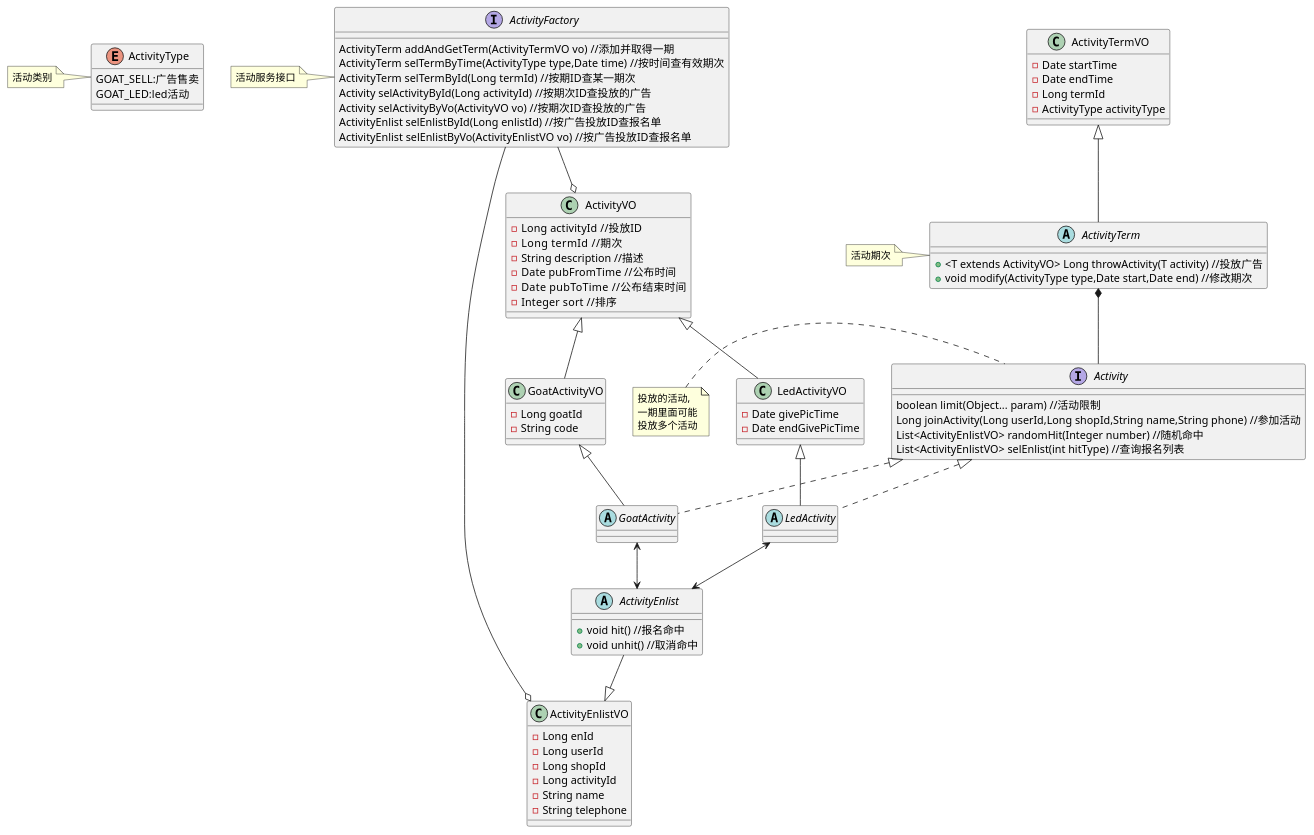
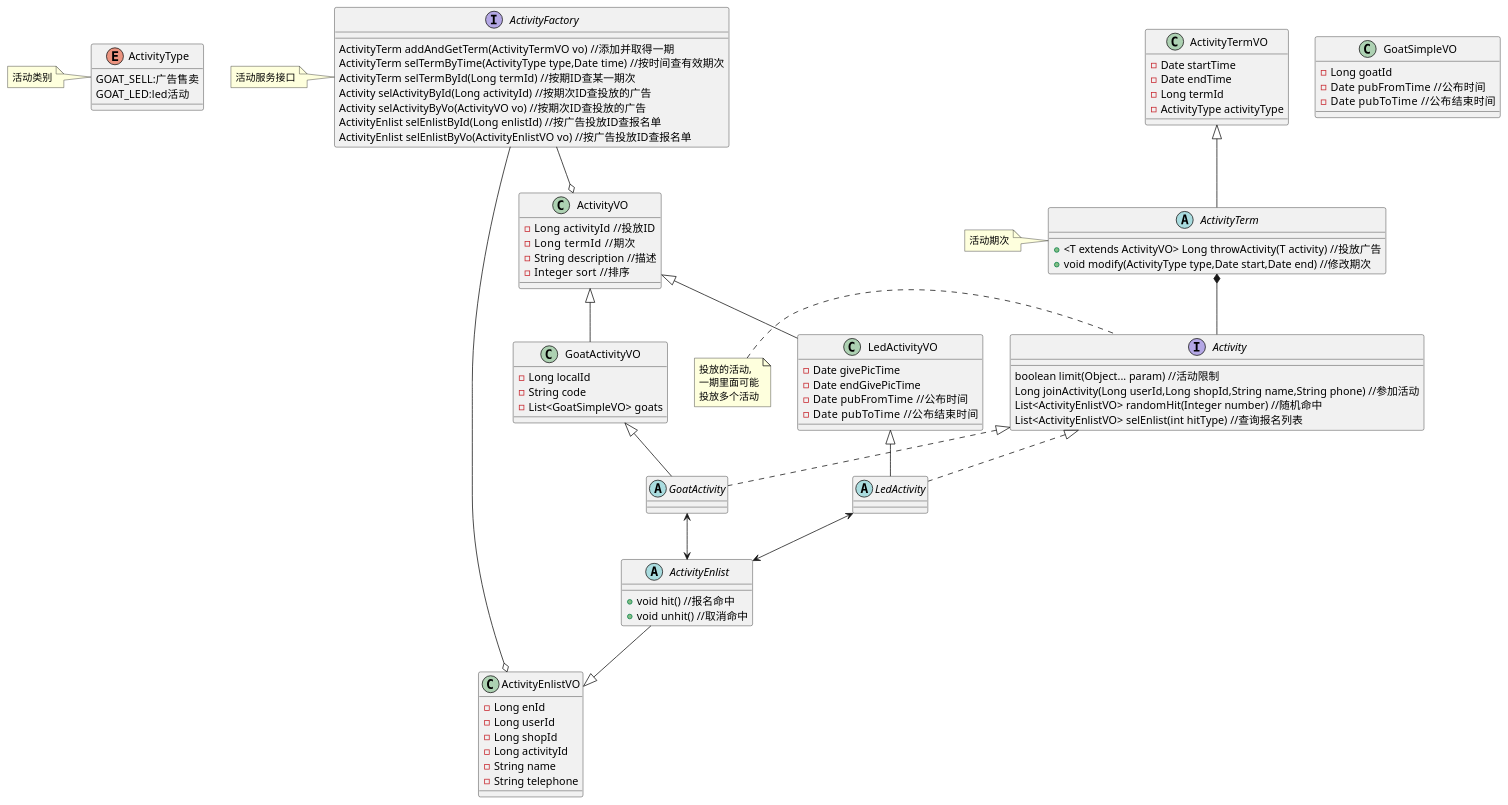
One commit to pogy/main-pom changed the diagram in main4-spread/main4-spread-api/src/main/resources/activity_class.puml. Above: the diagram before and after it, drawn with PlantUML. The commit also changed 6 other files, not shown here.

```diff
--- a/main4-spread/main4-spread-api/src/main/resources/activity_class.puml
+++ b/main4-spread/main4-spread-api/src/main/resources/activity_class.puml
@@ -1,102 +1,109 @@
 @startuml
 
 enum ActivityType{
 GOAT_SELL:广告售卖
 GOAT_LED:led活动
 }
 
 note left of ActivityType:活动类别
 
 abstract class ActivityTerm{
 +<T extends ActivityVO> Long throwActivity(T activity) //投放广告
 +void modify(ActivityType type,Date start,Date end) //修改期次
 }
 
 class ActivityTermVO{
 -Date startTime
 -Date endTime
 -Long termId
 -ActivityType activityType
 }
 
 note left of ActivityTerm:活动期次
 
 interface Activity{
 boolean limit(Object... param) //活动限制
 Long joinActivity(Long userId,Long shopId,String name,String phone) //参加活动
 List<ActivityEnlistVO> randomHit(Integer number) //随机命中
 List<ActivityEnlistVO> selEnlist(int hitType) //查询报名列表
 }
 
 note left of Activity:投放的活动,\n一期里面可能\n投放多个活动
 
 abstract class GoatActivity{
 }
 
 class ActivityVO{
 -Long activityId  //投放ID
 -Long termId   //期次
 -String description //描述
--Date pubFromTime  //公布时间
--Date pubToTime   //公布结束时间
 -Integer sort  //排序
 }
 
 class GoatActivityVO{
+-Long localId
+-String code
+-List<GoatSimpleVO> goats
+}
+
+class GoatSimpleVO{
 -Long goatId
--String code
+-Date pubFromTime  //公布时间
+-Date pubToTime   //公布结束时间
 }
 
 abstract class LedActivity{
 }
 
 class LedActivityVO{
 -Date givePicTime
 -Date endGivePicTime
+-Date pubFromTime  //公布时间
+-Date pubToTime   //公布结束时间
 }
 
 abstract class ActivityEnlist{
 +void hit() //报名命中
 +void unhit() //取消命中
 }
 
 class ActivityEnlistVO{
 -Long enId
 -Long userId
 -Long shopId
 -Long activityId
 -String name
 -String telephone
 }
 
 interface ActivityFactory{
 ActivityTerm addAndGetTerm(ActivityTermVO vo) //添加并取得一期
 ActivityTerm selTermByTime(ActivityType type,Date time) //按时间查有效期次
 ActivityTerm selTermById(Long termId) //按期ID查某一期次
 Activity selActivityById(Long activityId) //按期次ID查投放的广告
 Activity selActivityByVo(ActivityVO vo) //按期次ID查投放的广告
 ActivityEnlist selEnlistById(Long enlistId) //按广告投放ID查报名单
 ActivityEnlist selEnlistByVo(ActivityEnlistVO vo) //按广告投放ID查报名单
 
 }
 
 note left of ActivityFactory:活动服务接口
 Activity <|.. GoatActivity
 
 Activity <|.. LedActivity
 
 ActivityTerm *-- Activity
 
 ActivityTermVO <|--ActivityTerm
 
 GoatActivity <--> ActivityEnlist
 LedActivity <--> ActivityEnlist
 ActivityFactory --o ActivityEnlistVO
 ActivityFactory --o ActivityVO
 ActivityVO <|-- LedActivityVO
 ActivityVO <|-- GoatActivityVO
 
 LedActivityVO <|-- LedActivity
 GoatActivityVO <|-- GoatActivity
 ActivityEnlist --|> ActivityEnlistVO
 @enduml
```
